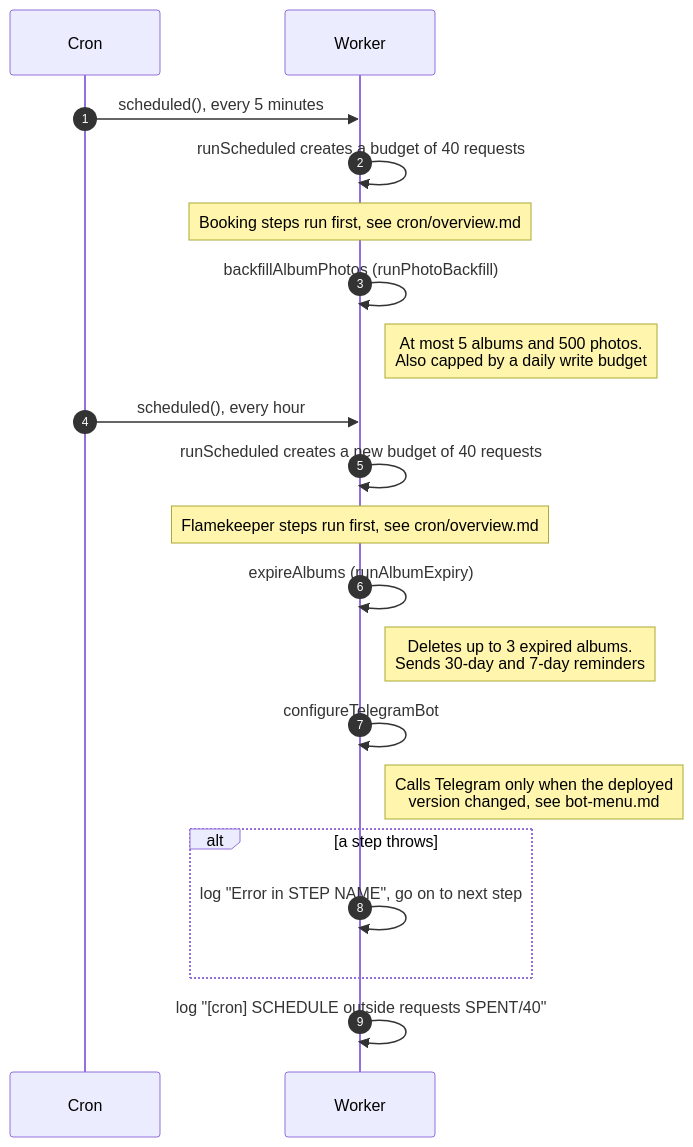
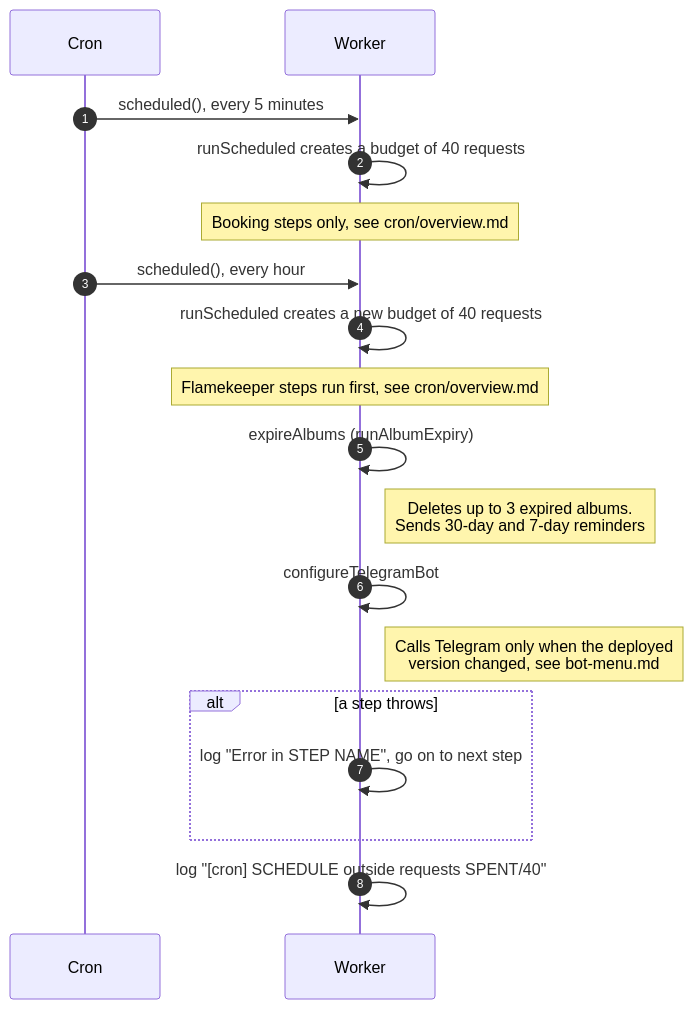
Before and after one commit to sagyzdop/meriksirat: the diagram in docs/scenarios/cron/albums-and-housekeeping/run-order.md, drawn with Mermaid. The commit also changed other lines of this file and 45 other files, not shown here.

First line of the commit message:
feat(albums): remove the photo table and the indexer

````diff
--- a/docs/scenarios/cron/albums-and-housekeeping/run-order.md
+++ b/docs/scenarios/cron/albums-and-housekeeping/run-order.md
@@ -32,22 +30,20 @@
 ```mermaid
 sequenceDiagram
     autonumber
     participant Cron
     participant Worker
     Cron->>Worker: scheduled(), every 5 minutes
     Worker->>Worker: runScheduled creates a budget of 40 requests
-    Note over Worker: Booking steps run first, see cron/overview.md
-    Worker->>Worker: backfillAlbumPhotos (runPhotoBackfill)
-    Note right of Worker: At most 5 albums and 500 photos.<br/>Also capped by a daily write budget
+    Note over Worker: Booking steps only, see cron/overview.md
     Cron->>Worker: scheduled(), every hour
     Worker->>Worker: runScheduled creates a new budget of 40 requests
     Note over Worker: Flamekeeper steps run first, see cron/overview.md
     Worker->>Worker: expireAlbums (runAlbumExpiry)
     Note right of Worker: Deletes up to 3 expired albums.<br/>Sends 30-day and 7-day reminders
     Worker->>Worker: configureTelegramBot
     Note right of Worker: Calls Telegram only when the deployed<br/>version changed, see bot-menu.md
     alt a step throws
         Worker->>Worker: log "Error in STEP NAME", go on to next step
     end
     Worker->>Worker: log "[cron] SCHEDULE outside requests SPENT/40"
 ```
````
